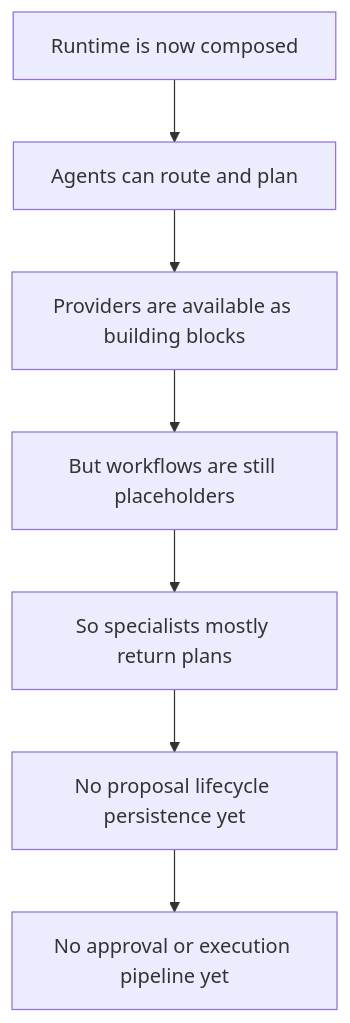
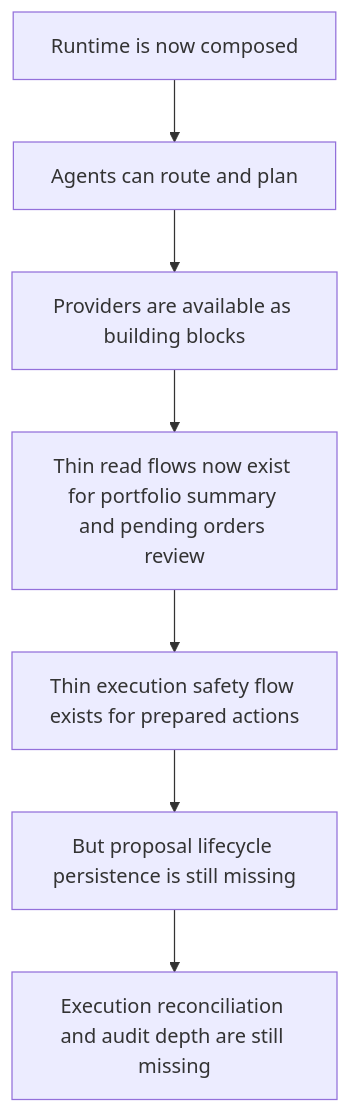
The sixth of 9 diagrams in docs/ARCHITECTURE_DIAGRAMS.md (applebar17/T212AI), drawn with Mermaid before and after one commit. The commit also changed other lines of this file and 1 other file, not shown here.

````diff
--- a/docs/ARCHITECTURE_DIAGRAMS.md
+++ b/docs/ARCHITECTURE_DIAGRAMS.md
@@ -131,9 +143,9 @@
 ```mermaid
 flowchart TB
     A[Runtime is now composed] --> B[Agents can route and plan]
     B --> C[Providers are available as building blocks]
-    C --> D[But workflows are still placeholders]
-    D --> E[So specialists mostly return plans]
-    E --> F[No proposal lifecycle persistence yet]
-    F --> G[No approval or execution pipeline yet]
+    C --> D[Thin read flows now exist for portfolio summary and pending orders review]
+    D --> E[Thin execution safety flow exists for prepared actions]
+    E --> F[But proposal lifecycle persistence is still missing]
+    F --> G[Execution reconciliation and audit depth are still missing]
 ```
````
